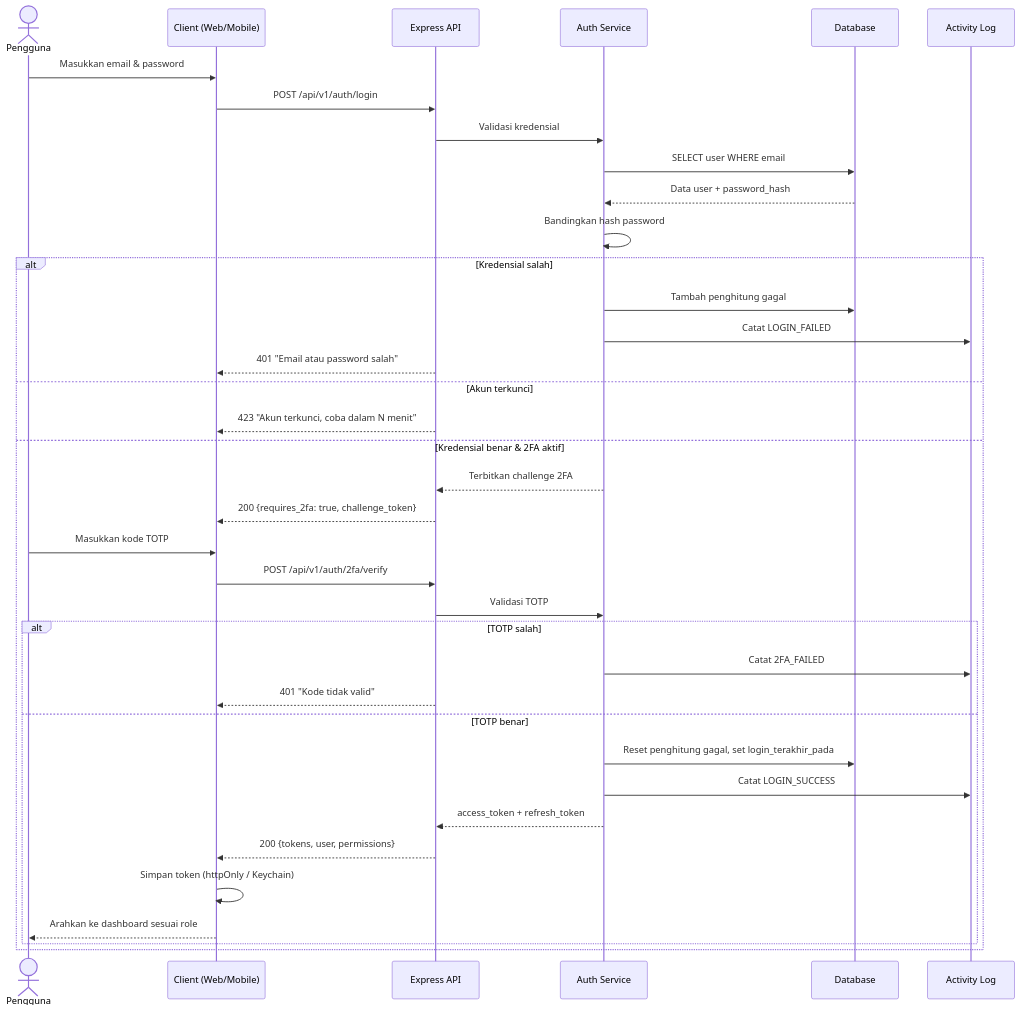
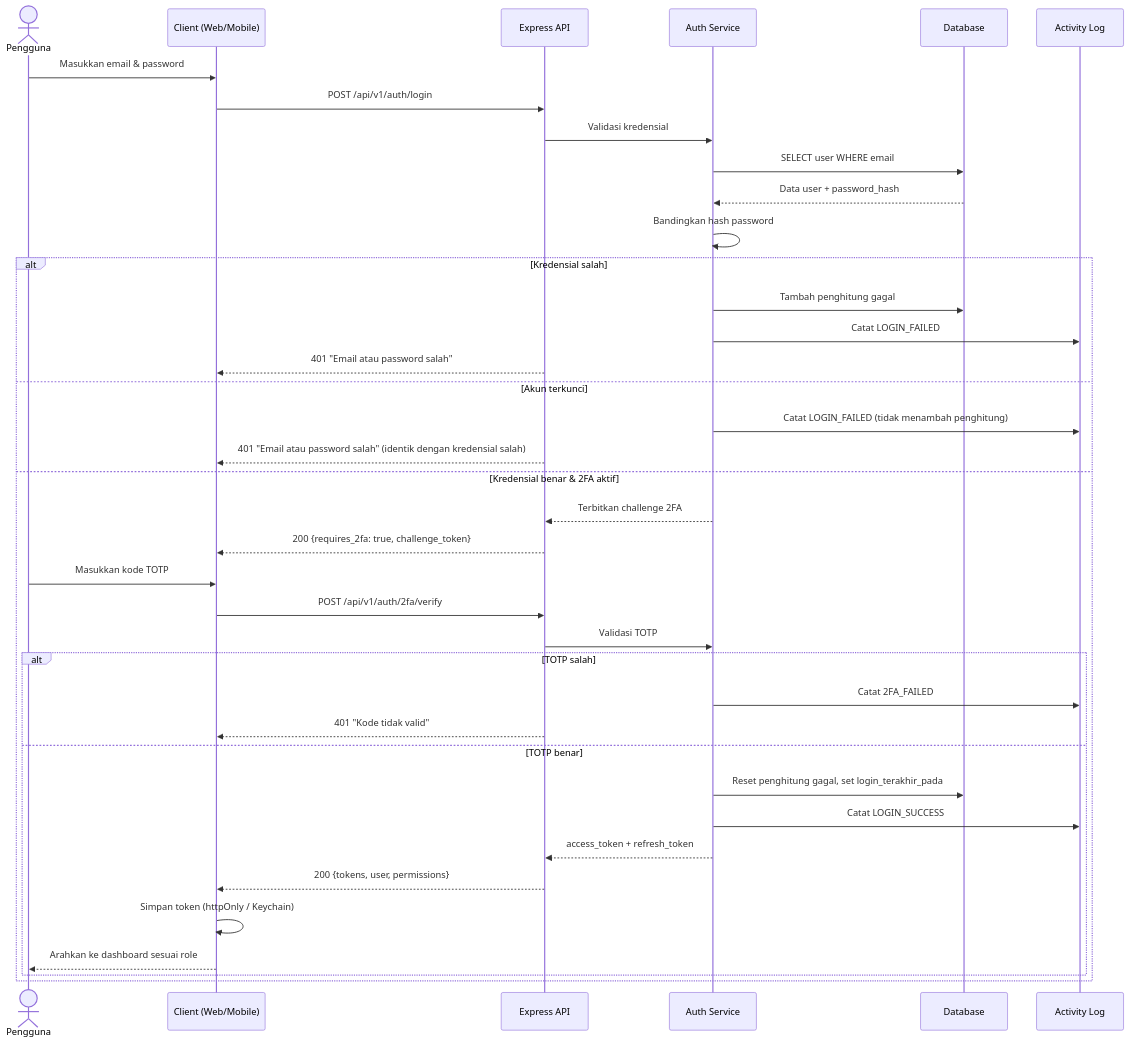
The diagram in docs/PRD/02-modules/m01-auth.md (HanzzzBD/SIGM4), drawn with Mermaid before and after one commit. The commit also changed other lines of this file and 21 other files, not shown here.

First line of the commit message:
PR-02-03: penguncian akun, audit percobaan gagal, dan respons login seragam

````diff
--- a/docs/PRD/02-modules/m01-auth.md
+++ b/docs/PRD/02-modules/m01-auth.md
@@ -29,41 +29,42 @@
 ```mermaid
 sequenceDiagram
     actor U as Pengguna
     participant C as Client (Web/Mobile)
     participant API as Express API
     participant AUTH as Auth Service
     participant DB as Database
     participant LOG as Activity Log
 
     U->>C: Masukkan email & password
     C->>API: POST /api/v1/auth/login
     API->>AUTH: Validasi kredensial
     AUTH->>DB: SELECT user WHERE email
     DB-->>AUTH: Data user + password_hash
     AUTH->>AUTH: Bandingkan hash password
 
     alt Kredensial salah
         AUTH->>DB: Tambah penghitung gagal
         AUTH->>LOG: Catat LOGIN_FAILED
         API-->>C: 401 "Email atau password salah"
     else Akun terkunci
-        API-->>C: 423 "Akun terkunci, coba dalam N menit"
+        AUTH->>LOG: Catat LOGIN_FAILED (tidak menambah penghitung)
+        API-->>C: 401 "Email atau password salah" (identik dengan kredensial salah)
     else Kredensial benar & 2FA aktif
         AUTH-->>API: Terbitkan challenge 2FA
         API-->>C: 200 {requires_2fa: true, challenge_token}
         U->>C: Masukkan kode TOTP
         C->>API: POST /api/v1/auth/2fa/verify
         API->>AUTH: Validasi TOTP
         alt TOTP salah
             AUTH->>LOG: Catat 2FA_FAILED
             API-->>C: 401 "Kode tidak valid"
         else TOTP benar
             AUTH->>DB: Reset penghitung gagal, set login_terakhir_pada
             AUTH->>LOG: Catat LOGIN_SUCCESS
             AUTH-->>API: access_token + refresh_token
             API-->>C: 200 {tokens, user, permissions}
             C->>C: Simpan token (httpOnly / Keychain)
             C-->>U: Arahkan ke dashboard sesuai role
         end
     end
 ```
````
